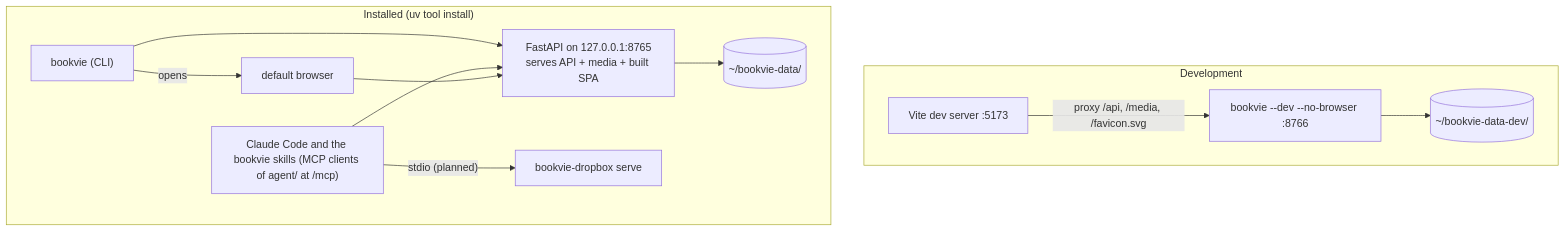
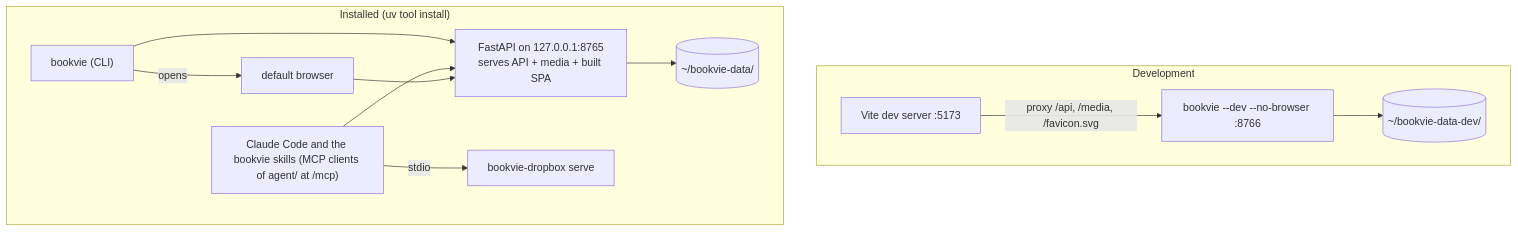
The second of 3 diagrams in _bmad-output/planning-artifacts/architecture/architecture-bookvie-2026-10-29/ARCHITECTURE-SPINE.md (olegood/bookvie), drawn with Mermaid before and after one commit. The commit also changed other lines of this file and 11 other files, not shown here.

````diff
--- a/_bmad-output/planning-artifacts/architecture/architecture-bookvie-2026-10-29/ARCHITECTURE-SPINE.md
+++ b/_bmad-output/planning-artifacts/architecture/architecture-bookvie-2026-10-29/ARCHITECTURE-SPINE.md
@@ -460,15 +475,15 @@
 ```mermaid
 flowchart TB
   subgraph dev["Development"]
     V[Vite dev server :5173] -- "proxy /api, /media, /favicon.svg" --> U["bookvie --dev --no-browser :8766"]
     U --> DD[("~/bookvie-data-dev/")]
   end
   subgraph prod["Installed (uv tool install)"]
     C["bookvie (CLI)"] --> S["FastAPI on 127.0.0.1:8765<br/>serves API + media + built SPA"]
     C -- opens --> B[default browser]
     CC["Claude Code and the bookvie skills (MCP clients of agent/ at /mcp)"] --> S
-    CC -- "stdio (planned)" --> DX["bookvie-dropbox serve"]
+    CC -- "stdio" --> DX["bookvie-dropbox serve"]
     B --> S
     S --> D[("~/bookvie-data/")]
   end
 ```
````
